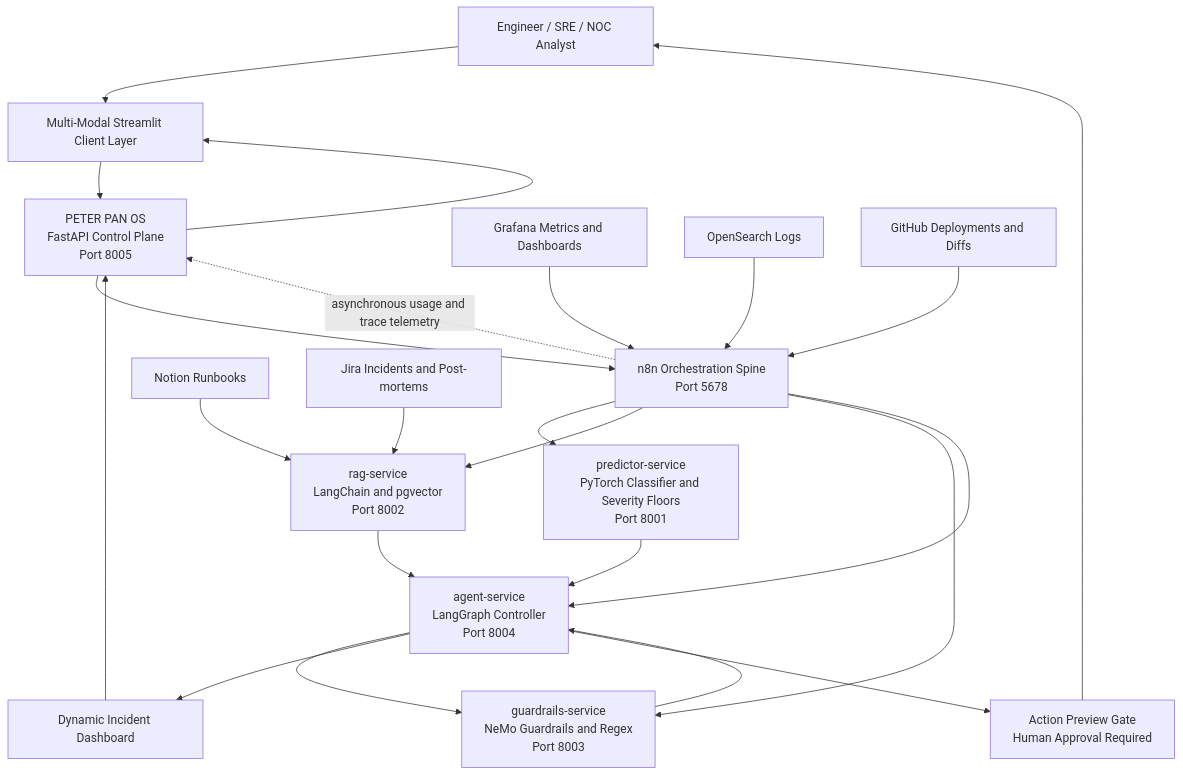
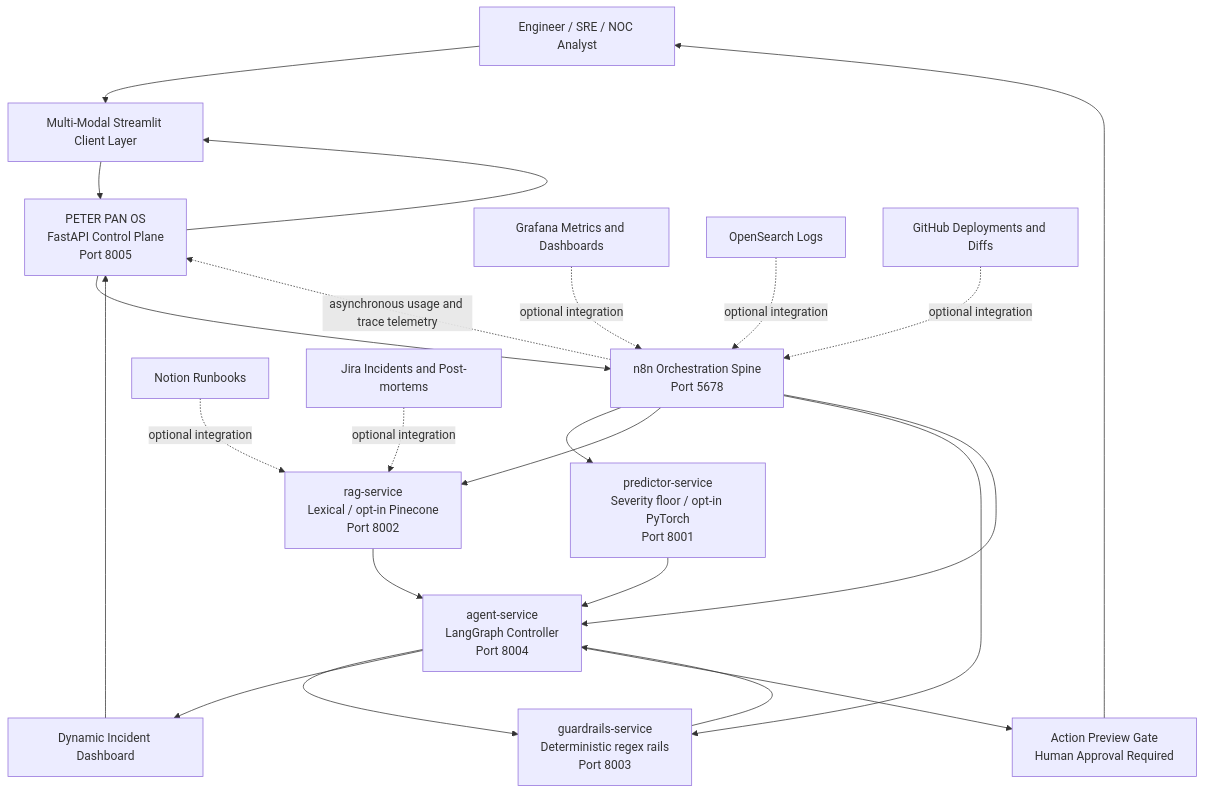
One commit to reem-mor/peter-pan changed the diagram in README.md. Above: the diagram before and after it, drawn with Mermaid. The commit also changed other lines of this file, not shown here.

````diff
--- a/README.md
+++ b/README.md
@@ -75,49 +97,49 @@
 ```mermaid
 flowchart TB
     User[Engineer / SRE / NOC Analyst]
     UI[Multi-Modal Streamlit Client Layer]
     OS[PETER PAN OS<br/>FastAPI Control Plane<br/>Port 8005]
     N8N[n8n Orchestration Spine<br/>Port 5678]
 
     Grafana[Grafana Metrics and Dashboards]
     OpenSearch[OpenSearch Logs]
     GitHub[GitHub Deployments and Diffs]
     Notion[Notion Runbooks]
     Jira[Jira Incidents and Post-mortems]
 
-    Predictor[predictor-service<br/>PyTorch Classifier and Severity Floors<br/>Port 8001]
-    RAG[rag-service<br/>LangChain and pgvector<br/>Port 8002]
-    Guardrails[guardrails-service<br/>NeMo Guardrails and Regex<br/>Port 8003]
+    Predictor[predictor-service<br/>Severity floor / opt-in PyTorch<br/>Port 8001]
+    RAG[rag-service<br/>Lexical / opt-in Pinecone<br/>Port 8002]
+    Guardrails[guardrails-service<br/>Deterministic regex rails<br/>Port 8003]
     Agent[agent-service<br/>LangGraph Controller<br/>Port 8004]
 
     Dashboard[Dynamic Incident Dashboard]
     Approval[Action Preview Gate<br/>Human Approval Required]
 
     User --> UI
     UI --> OS
     OS --> N8N
 
-    Grafana --> N8N
-    OpenSearch --> N8N
-    GitHub --> N8N
-    Notion --> RAG
-    Jira --> RAG
+    Grafana -. optional integration .-> N8N
+    OpenSearch -. optional integration .-> N8N
+    GitHub -. optional integration .-> N8N
+    Notion -. optional integration .-> RAG
+    Jira -. optional integration .-> RAG
 
     N8N --> Predictor
     N8N --> RAG
     N8N --> Guardrails
     N8N --> Agent
 
     Predictor --> Agent
     RAG --> Agent
     Guardrails --> Agent
     Agent --> Guardrails
     Agent --> Dashboard
     Dashboard --> OS
     OS --> UI
 
     Agent --> Approval
     Approval --> User
 
     N8N -. asynchronous usage and trace telemetry .-> OS
 ```
````
